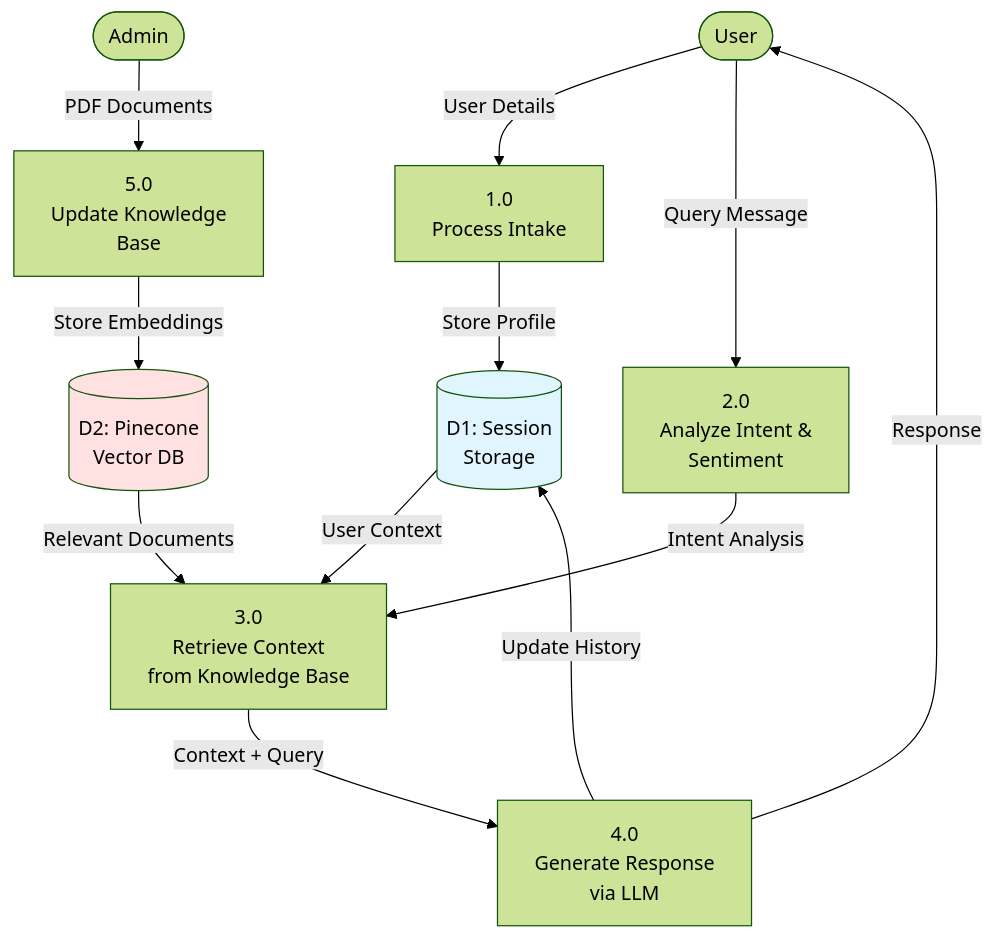
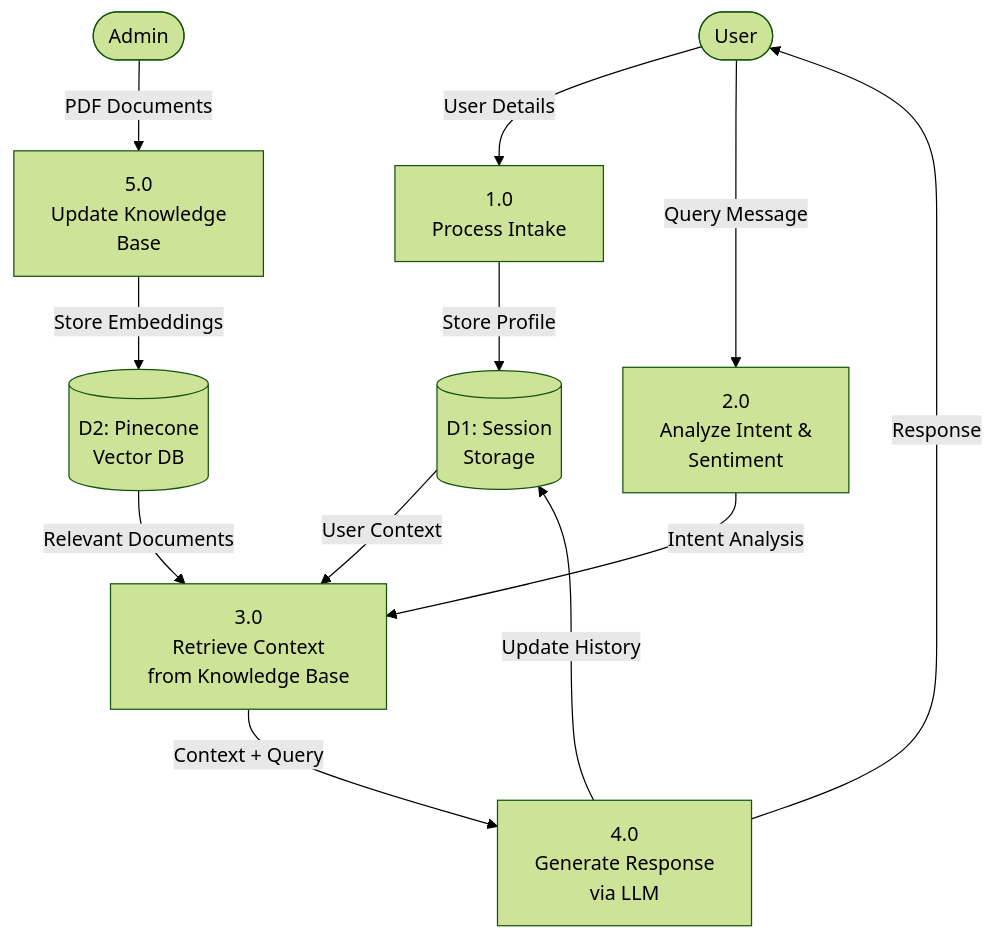
One commit to shubhamvasoya/mental-health-chatbot changed the second of 6 diagrams in PROJECT_REPORT.md. Above: the diagram before and after it, drawn with Mermaid (forest theme). The commit also changed other lines of this file, not shown here.

````diff
--- a/PROJECT_REPORT.md
+++ b/PROJECT_REPORT.md
@@ -83,25 +83,22 @@
 ```mermaid
 graph TB
     User([User])
     Admin([Admin])
     
     User -->|User Details| P1[1.0<br/>Process Intake]
     P1 -->|Store Profile| D1[(D1: Session<br/>Storage)]
     
     User -->|Query Message| P2[2.0<br/>Analyze Intent &<br/>Sentiment]
     P2 -->|Intent Analysis| P3[3.0<br/>Retrieve Context<br/>from Knowledge Base]
     
     D1 -->|User Context| P3
     D2[(D2: Pinecone<br/>Vector DB)] -->|Relevant Documents| P3
     
     P3 -->|Context + Query| P4[4.0<br/>Generate Response<br/>via LLM]
     P4 -->|Response| User
     
     P4 -->|Update History| D1
     
     Admin -->|PDF Documents| P5[5.0<br/>Update Knowledge<br/>Base]
     P5 -->|Store Embeddings| D2
-    
-    style D1 fill:#e1f5ff
-    style D2 fill:#ffe1e1
 ```
````
